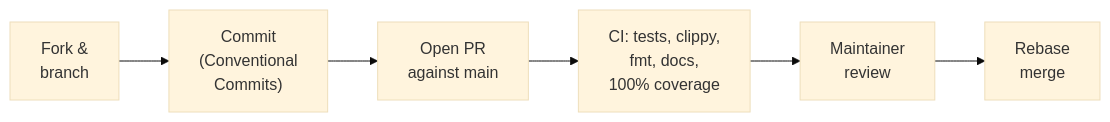
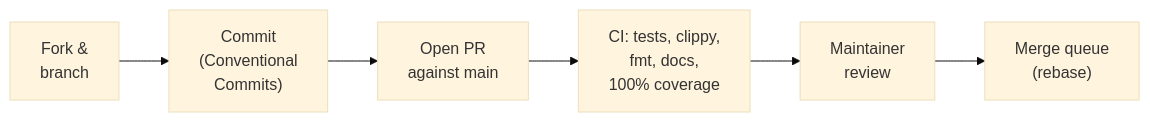
One commit to GEMISIS/leviath changed the diagram in CONTRIBUTING.md. Above: the diagram before and after it, drawn with Mermaid (base theme). The commit also changed other lines of this file and 25 other files, not shown here.

````diff
--- a/CONTRIBUTING.md
+++ b/CONTRIBUTING.md
@@ -9,8 +9,8 @@
 ```mermaid
 flowchart LR
   A["Fork &<br/>branch"] --> B["Commit<br/>(Conventional<br/>Commits)"]
   B --> C["Open PR<br/>against main"]
   C --> D["CI: tests, clippy,<br/>fmt, docs,<br/>100% coverage"]
   D --> E["Maintainer<br/>review"]
-  E --> F["Rebase<br/>merge"]
+  E --> F["Merge queue<br/>(rebase)"]
 ```
````
